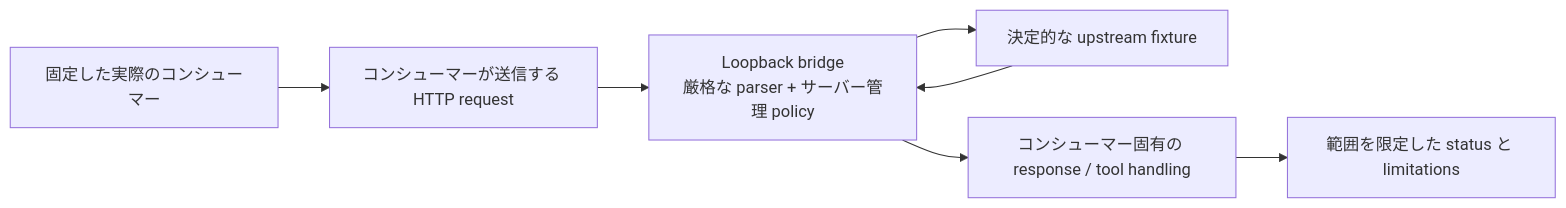
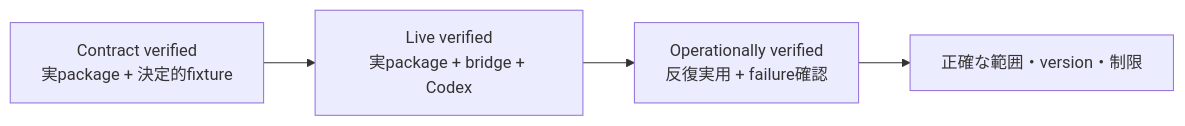
Before and after one commit to itmst71/codex-openai-bridge: the third of 3 diagrams in README.ja.md, drawn with Mermaid. The commit also changed other lines of this file and 3 other files, not shown here.

````diff
--- a/README.ja.md
+++ b/README.ja.md
@@ -245,11 +274,9 @@
 ```mermaid
 flowchart LR
-    consumer["固定した実際のコンシューマー"]
-    request["コンシューマーが送信する HTTP request"]
-    bridge["Loopback bridge<br/>厳格な parser + サーバー管理 policy"]
-    fixture["決定的な upstream fixture"]
-    native["コンシューマー固有の response / tool handling"]
-    status["範囲を限定した status と limitations"]
+    contract["Contract verified<br/>実package + 決定的fixture"]
+    live["Live verified<br/>実package + bridge + Codex"]
+    operational["Operationally verified<br/>反復実用 + failure確認"]
+    scoped["正確な範囲・version・制限"]
 
-    consumer --> request --> bridge --> fixture --> bridge --> native --> status
+    contract --> live --> operational --> scoped
 ```
````
